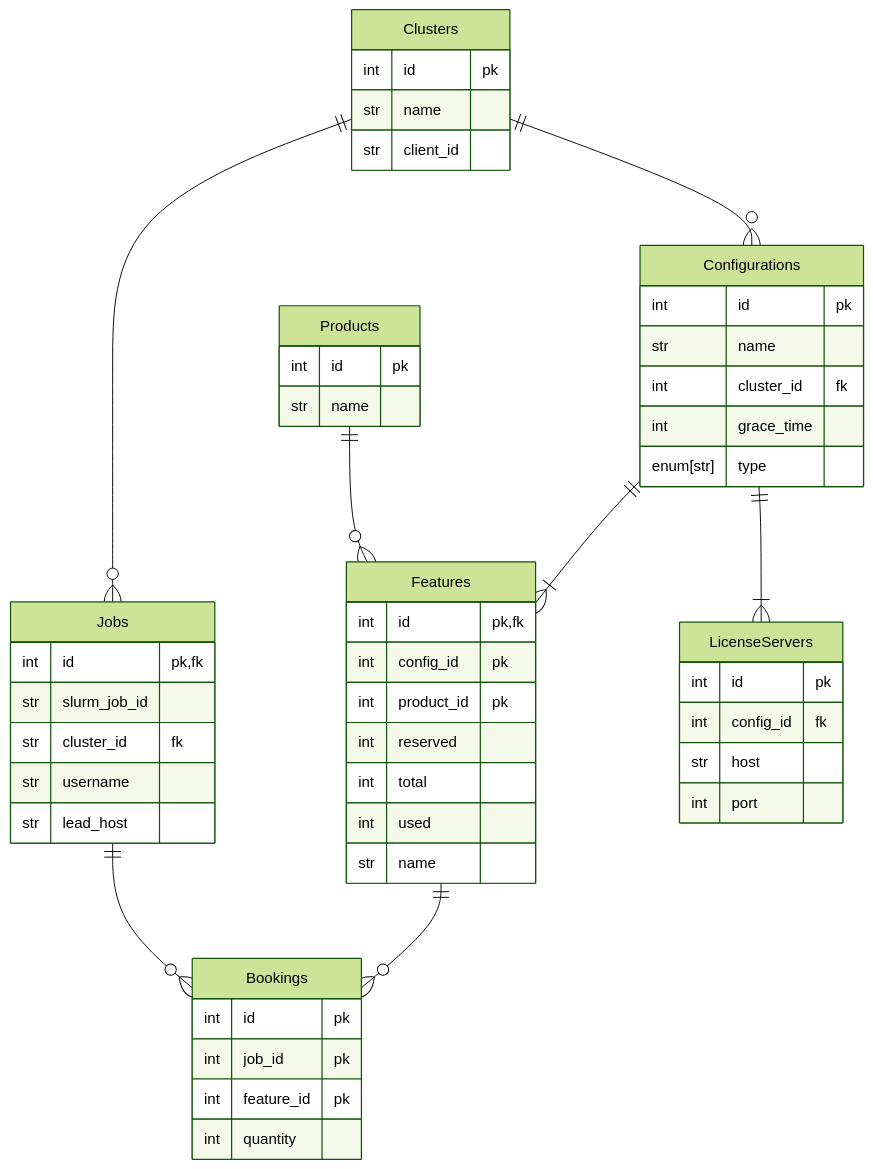
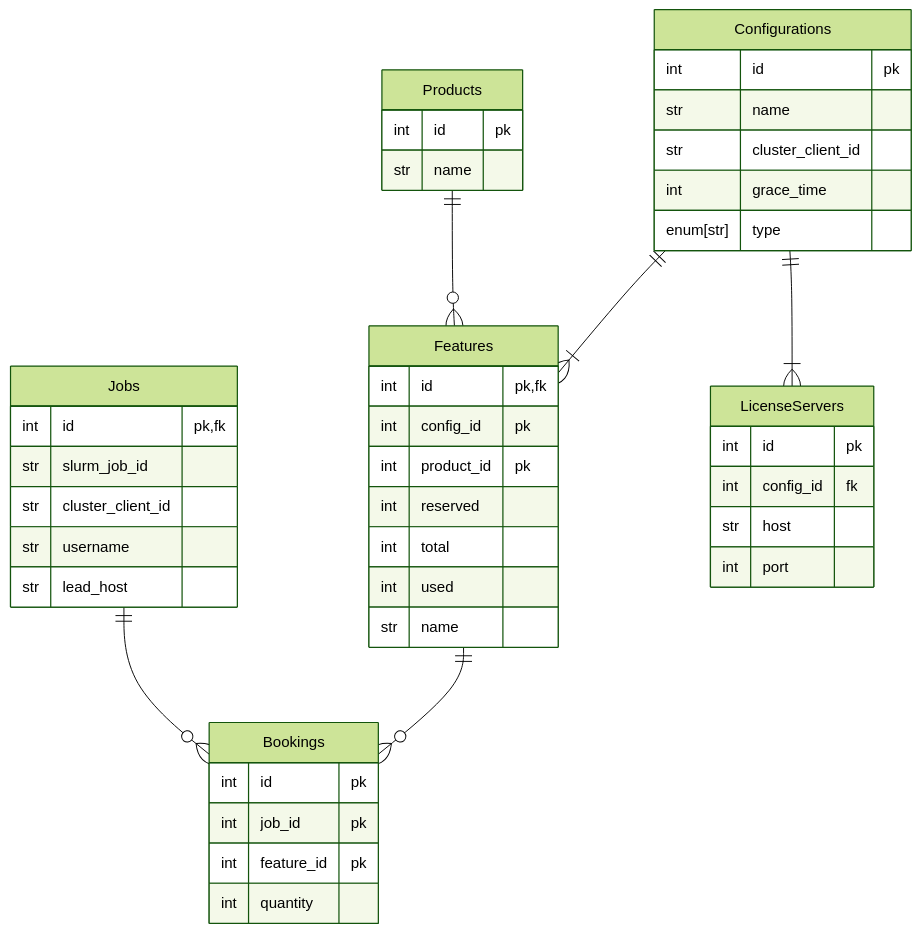
One commit to omnivector-solutions/license-manager changed the diagram in docs-source/src/architecture.rst. Above: the diagram before and after it, drawn with Mermaid (forest theme). The commit also changed other lines of this file, not shown here.

```diff
--- a/docs-source/src/architecture.rst
+++ b/docs-source/src/architecture.rst
@@ -57,54 +57,47 @@
 .. mermaid::
 
     erDiagram
         Bookings {
             int id pk
             int job_id pk
             int feature_id pk
             int quantity
         }
         Features {
             int id pk,fk
             int config_id pk
             int product_id pk
             int reserved
             int total
             int used
             str name 
         }
         Products {
             int id pk
             str name
         }
         Jobs {
             int id pk, fk
             str slurm_job_id
-            str cluster_id fk
+            str cluster_client_id
             str username
             str lead_host
-        }
-        Clusters {
-            int id pk
-            str name
-            str client_id
         }
         Configurations {
             int id pk
             str name
-            int cluster_id fk
+            str cluster_client_id
             int grace_time
             enum[str] type
         }
         LicenseServers {
             int id pk
             int config_id fk
             str host
             int port
         }
         Jobs ||--o{ Bookings : ""
         Features ||--o{ Bookings : ""
-        Clusters ||--o{ Jobs : ""
         Products ||--o{ Features : ""
         Configurations ||--|{ Features : ""
-        Clusters ||--o{ Configurations : ""
         Configurations ||--|{ LicenseServers : ""
```
